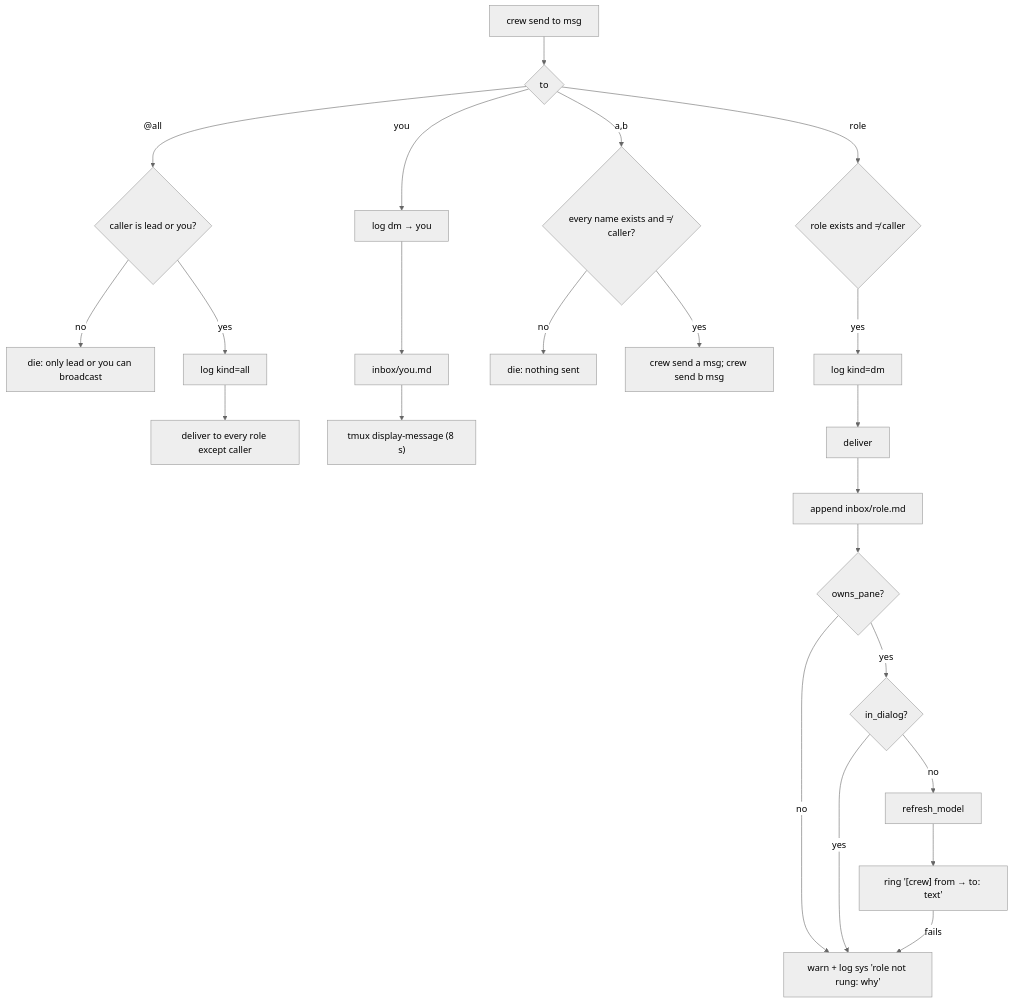
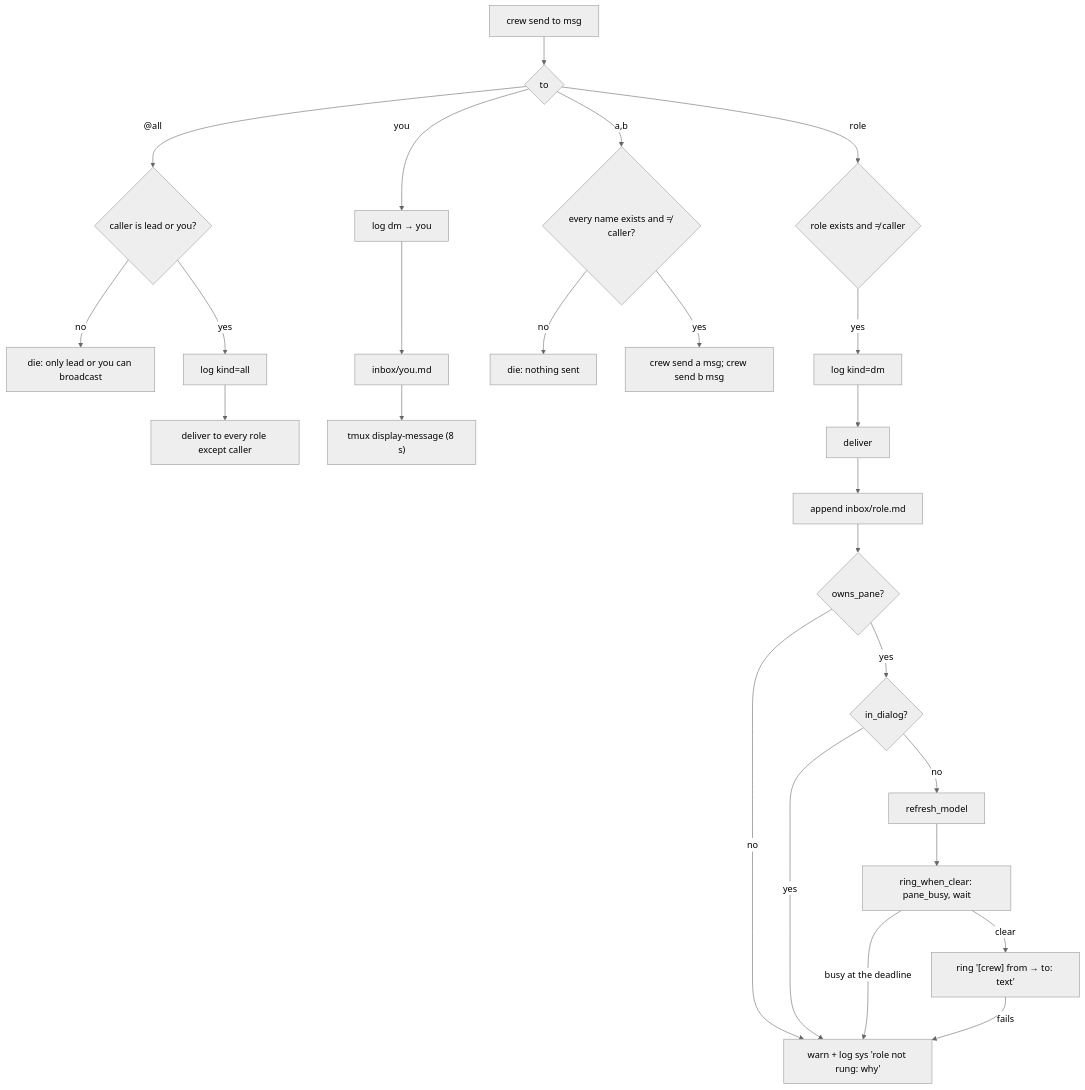
One commit to mifwar/crew changed the first of 3 diagrams in lode/cli/messaging.md. Above: the diagram before and after it, drawn with Mermaid (neutral theme). The commit also changed other lines of this file and 3 other files, not shown here.

````diff
--- a/lode/cli/messaging.md
+++ b/lode/cli/messaging.md
@@ -5,19 +5,21 @@
 ```mermaid
 flowchart TD
   s[crew send to msg] --> who{to}
   who -- "@all" --> perm{caller is lead or you?}
   perm -- no --> die[die: only lead or you can broadcast]
   perm -- yes --> logall[log kind=all] --> each["deliver to every role except caller"]
   who -- you --> logyou[log dm → you] --> youinbox[inbox/you.md] --> disp["tmux display-message (8 s)"]
   who -- "a,b" --> all{every name exists and ≠ caller?}
   all -- no --> die2[die: nothing sent]
   all -- yes --> each2["crew send a msg; crew send b msg"]
   who -- role --> check{role exists and ≠ caller}
   check -- yes --> logdm[log kind=dm] --> dl[deliver]
   dl --> inbox[append inbox/role.md] --> own{owns_pane?}
   own -- no --> notrung["warn + log sys 'role not rung: why'"]
   own -- yes --> dlg{in_dialog?}
   dlg -- yes --> notrung
-  dlg -- no --> model[refresh_model] --> ring["ring '[crew] from → to: text'"]
+  dlg -- no --> model[refresh_model] --> busy["ring_when_clear: pane_busy, wait"]
+  busy -- "busy at the deadline" --> notrung
+  busy -- clear --> ring["ring '[crew] from → to: text'"]
   ring -- fails --> notrung
 ```
````
